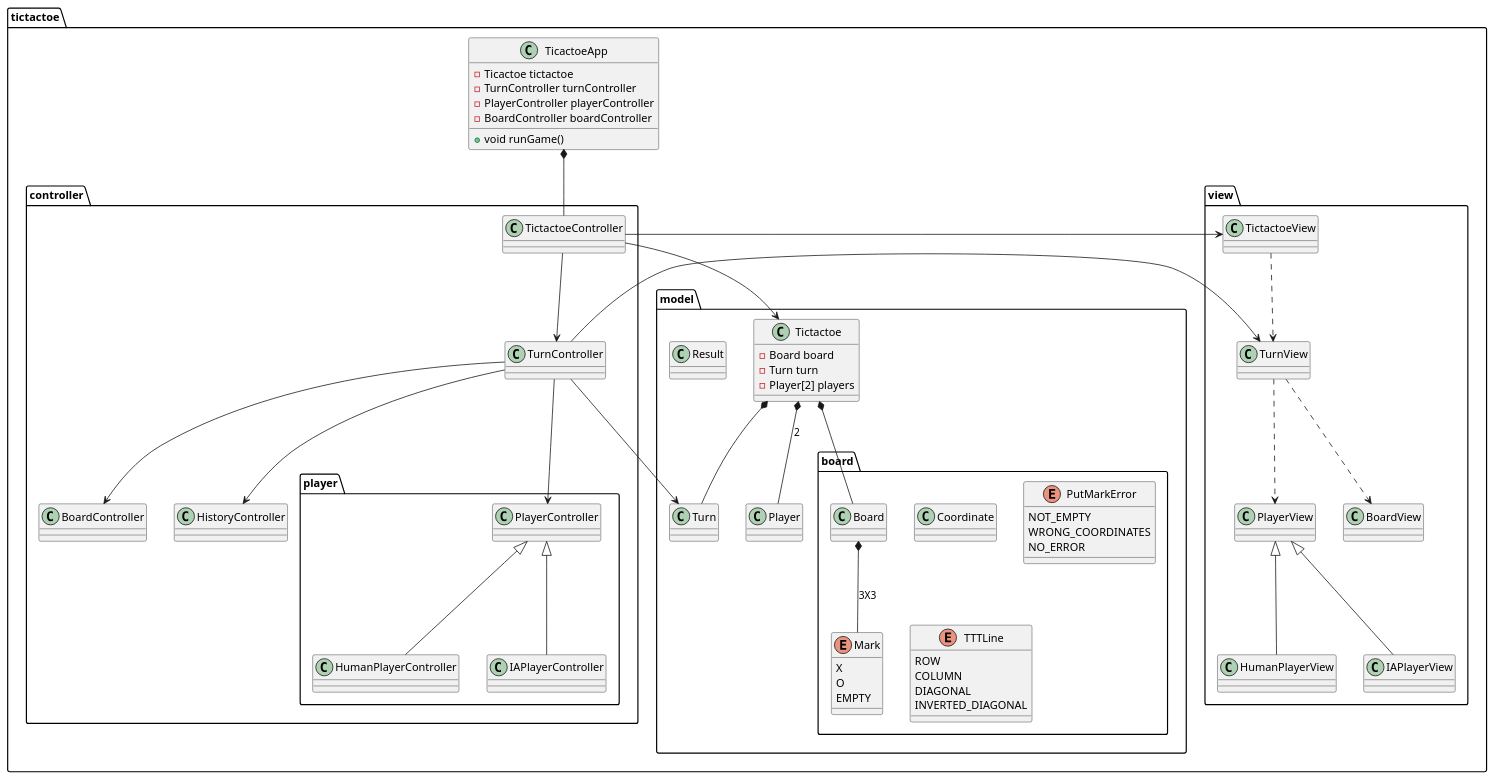
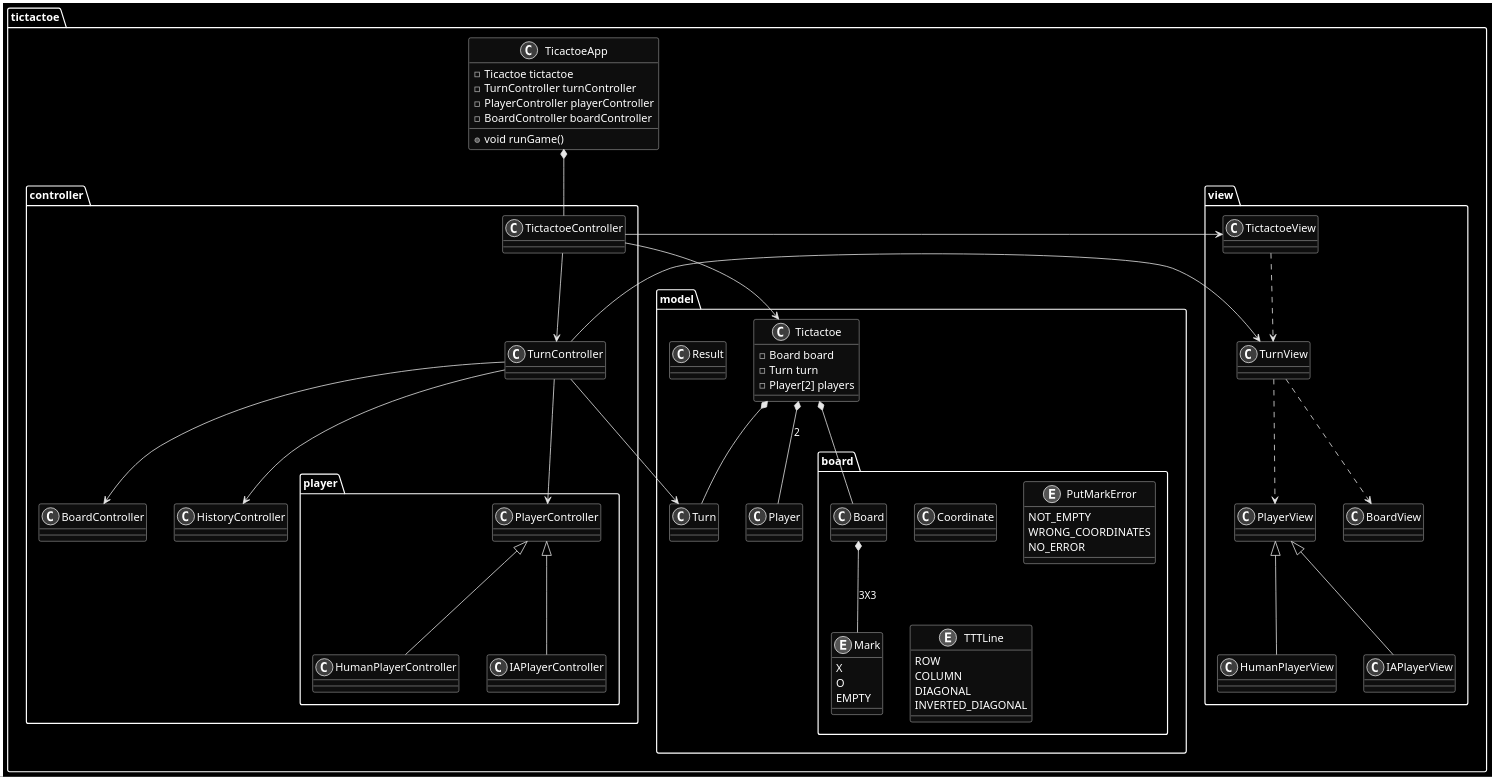
Before and after one commit to oliver-sierra-telus/DSU-TicTacToe: the diagram in docs/ClassModel.wsd, drawn with PlantUML. The commit also changed 14 other files, not shown here.

```diff
--- a/docs/ClassModel.wsd
+++ b/docs/ClassModel.wsd
@@ -1,162 +1,164 @@
 @startuml class model
 
 package tictactoe{
 
     class TicactoeApp{
         -Ticactoe tictactoe
         -TurnController turnController
         -PlayerController playerController
         -BoardController boardController
         +void runGame()
     }
 
     package controller{
         class TictactoeController{
 
         }
 
         class TurnController{
 
         }
         package player{
 
             class PlayerController{
 
             }
 
             class HumanPlayerController{
 
             }
 
             class IAPlayerController{
 
             }
 
             HumanPlayerController -up-|> PlayerController
             IAPlayerController -up-|> PlayerController
 
         }
 
 
         class BoardController{
 
         }
         class HistoryController{
 
         }
 
         TictactoeController -->TurnController
 
 
 
         TurnController --> PlayerController
         TurnController --> BoardController
         TurnController --> HistoryController
 
     }
 
     package view{
         class BoardView{
 
         }
 
         class PlayerView{
 
         }
 
         class TurnView{
 
         }
 
         class TictactoeView{
 
         }
 
         class HumanPlayerView{
 
         }
 
         class IAPlayerView{
 
         }
         TictactoeView ..> TurnView
         TurnView ..> BoardView
         TurnView ..> PlayerView
 
         HumanPlayerView -up-|> PlayerView
         IAPlayerView -up-|> PlayerView
 
     }
 
     package model {
         class Tictactoe{
             -Board board
             -Turn turn
             -Player[2] players
         }
 
 
         package board{
             class Board{
 
             }
 
             enum Mark{
                 X
                 O
                 EMPTY
             }
 
 
             class Coordinate{
 
             }
 
             enum PutMarkError{
                 NOT_EMPTY
                 WRONG_COORDINATES
                 NO_ERROR
             }
 
             enum TTTLine{
                 ROW
                 COLUMN
                 DIAGONAL
                 INVERTED_DIAGONAL
             }
 
         }
 
         class Result
 
         class Turn{
 
         }
 
         class Player{
 
         }
 
 
 
         Tictactoe *-- Board
         Tictactoe *-- Turn
         Tictactoe *-- Player:2
         Board *-- Mark:3X3
     }
 
 
     TicactoeApp *-- TictactoeController
 
 
 
 
 
     TictactoeController -right-> TictactoeView
     TictactoeController --> Tictactoe
     TurnController -right-> TurnView
     TurnController --> Turn
 
 }
 
+skinparam monochrome reverse
+
 @enduml
```
